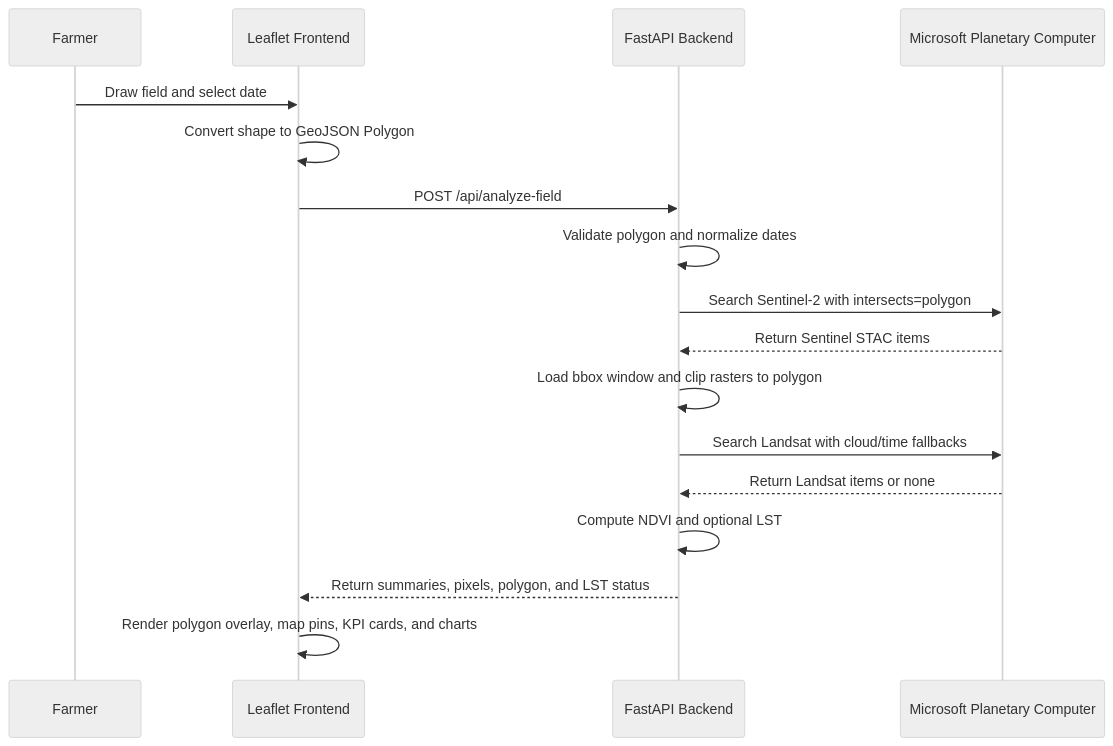
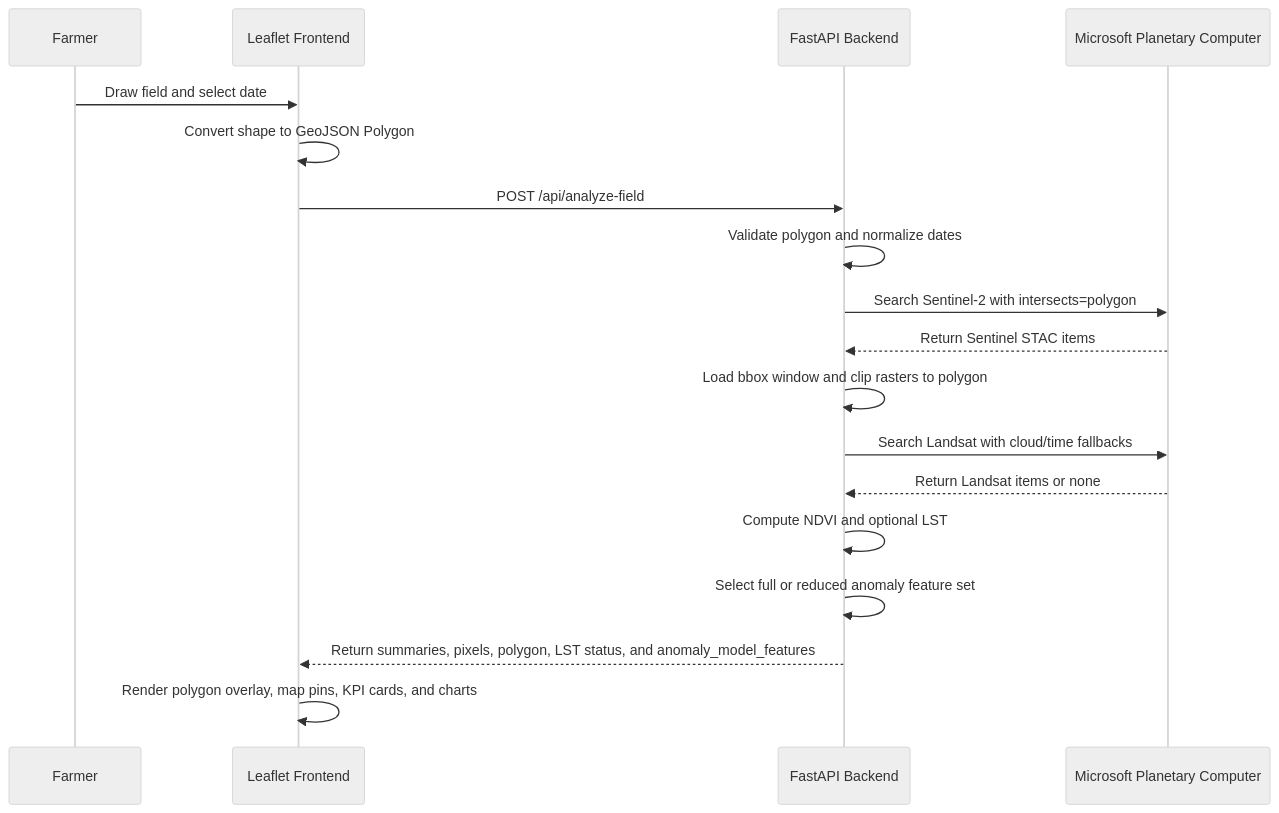
The second of 2 diagrams in docs/data-transfer-workflow.md (chinna5656/satellite-crop-planner), drawn with Mermaid (neutral theme) before and after one commit. The commit also changed other lines of this file and 6 other files, not shown here.

Commit message:
LST Decoupling & Dynamic Model

````diff
--- a/docs/data-transfer-workflow.md
+++ b/docs/data-transfer-workflow.md
@@ -204,20 +219,21 @@
 ```mermaid
 sequenceDiagram
     participant User as Farmer
     participant UI as Leaflet Frontend
     participant API as FastAPI Backend
     participant MPC as Microsoft Planetary Computer
 
     User->>UI: Draw field and select date
     UI->>UI: Convert shape to GeoJSON Polygon
     UI->>API: POST /api/analyze-field
     API->>API: Validate polygon and normalize dates
     API->>MPC: Search Sentinel-2 with intersects=polygon
     MPC-->>API: Return Sentinel STAC items
     API->>API: Load bbox window and clip rasters to polygon
     API->>MPC: Search Landsat with cloud/time fallbacks
     MPC-->>API: Return Landsat items or none
     API->>API: Compute NDVI and optional LST
-    API-->>UI: Return summaries, pixels, polygon, and LST status
+    API->>API: Select full or reduced anomaly feature set
+    API-->>UI: Return summaries, pixels, polygon, LST status, and anomaly_model_features
     UI->>UI: Render polygon overlay, map pins, KPI cards, and charts
 ```
````
